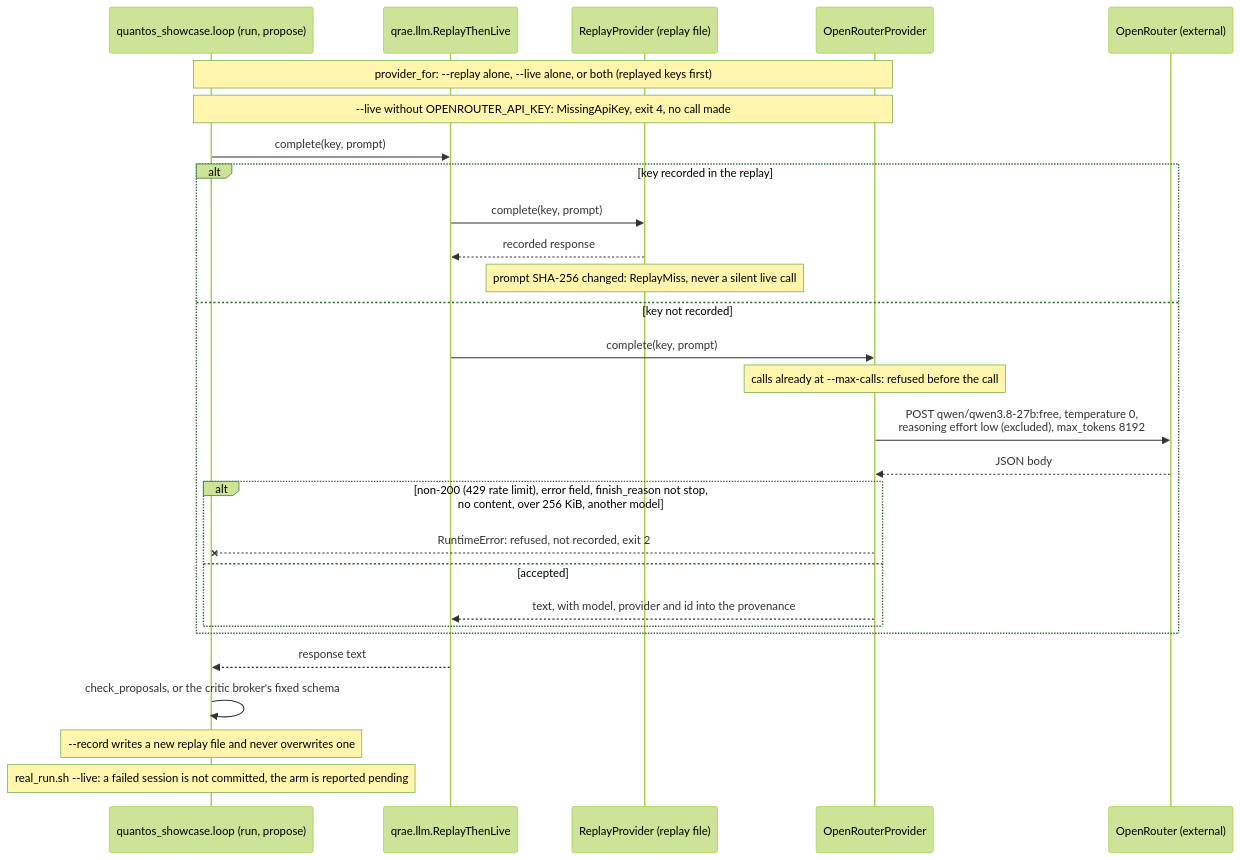
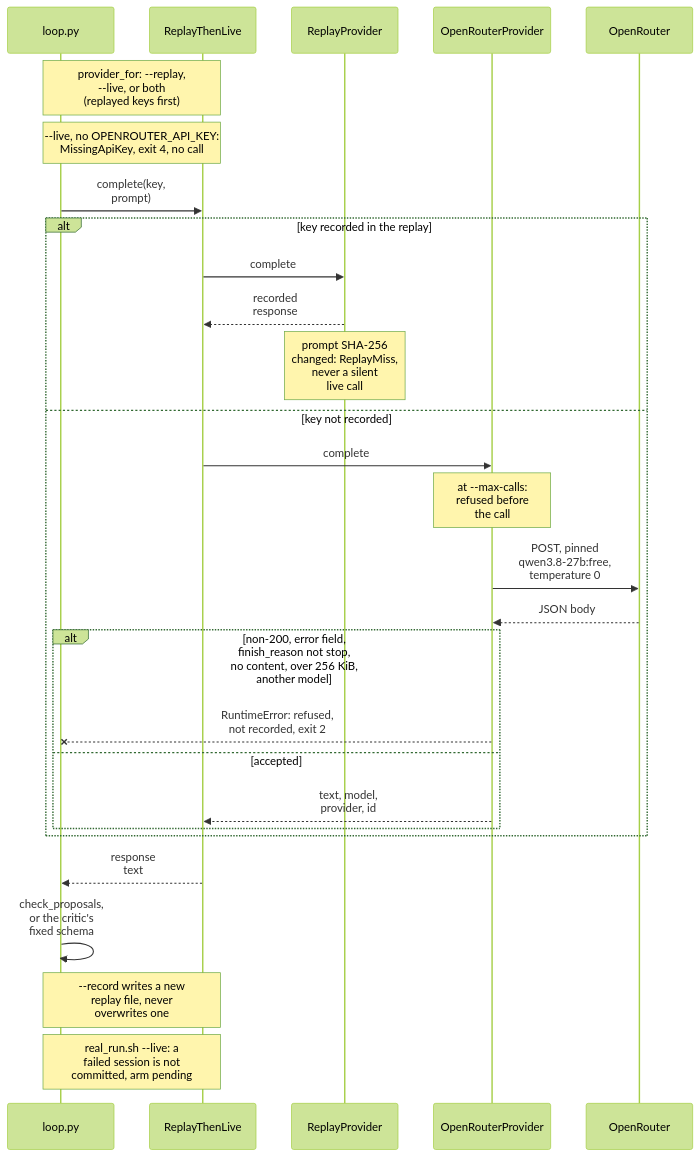
Before and after one commit to oscar-chw/agentic-quant-research: the third of 3 diagrams in README.md, drawn with Mermaid (forest theme). The commit also changed other lines of this file and 9 other files, not shown here.

Commit message:
docs: make diagrams legible at README width

````diff
--- a/README.md
+++ b/README.md
@@ -261,30 +256,30 @@
 ```mermaid
 sequenceDiagram
-    participant L as quantos_showcase.loop (run, propose)
-    participant T as qrae.llm.ReplayThenLive
-    participant R as ReplayProvider (replay file)
+    participant L as loop.py
+    participant T as ReplayThenLive
+    participant R as ReplayProvider
     participant O as OpenRouterProvider
-    participant M as OpenRouter (external)
-    Note over L,O: provider_for: --replay alone, --live alone, or both (replayed keys first)
-    Note over L,O: --live without OPENROUTER_API_KEY: MissingApiKey, exit 4, no call made
-    L->>T: complete(key, prompt)
+    participant M as OpenRouter
+    Note over L,T: provider_for: --replay,<br/>--live, or both<br/>(replayed keys first)
+    Note over L,T: --live, no OPENROUTER_API_KEY:<br/>MissingApiKey, exit 4, no call
+    L->>T: complete(key,<br/>prompt)
     alt key recorded in the replay
-        T->>R: complete(key, prompt)
-        R-->>T: recorded response
-        Note over R: prompt SHA-256 changed: ReplayMiss, never a silent live call
+        T->>R: complete
+        R-->>T: recorded<br/>response
+        Note over R: prompt SHA-256<br/>changed: ReplayMiss,<br/>never a silent<br/>live call
     else key not recorded
-        T->>O: complete(key, prompt)
-        Note over O: calls already at --max-calls: refused before the call
-        O->>M: POST qwen/qwen3.8-27b:free, temperature 0,<br/>reasoning effort low (excluded), max_tokens 8192
+        T->>O: complete
+        Note over O: at --max-calls:<br/>refused before<br/>the call
+        O->>M: POST, pinned<br/>qwen3.8-27b:free,<br/>temperature 0
         M-->>O: JSON body
-        alt non-200 (429 rate limit), error field, finish_reason not stop,<br/>no content, over 256 KiB, another model
-            O--xL: RuntimeError: refused, not recorded, exit 2
+        alt non-200, error field,<br/>finish_reason not stop,<br/>no content, over 256 KiB,<br/>another model
+            O--xL: RuntimeError: refused,<br/>not recorded, exit 2
         else accepted
-            O-->>T: text, with model, provider and id into the provenance
+            O-->>T: text, model,<br/>provider, id
         end
     end
-    T-->>L: response text
-    L->>L: check_proposals, or the critic broker's fixed schema
-    Note over L: --record writes a new replay file and never overwrites one
-    Note over L: real_run.sh --live: a failed session is not committed, the arm is reported pending
+    T-->>L: response<br/>text
+    L->>L: check_proposals,<br/>or the critic's<br/>fixed schema
+    Note over L,T: --record writes a new<br/>replay file, never<br/>overwrites one
+    Note over L,T: real_run.sh --live: a<br/>failed session is not<br/>committed, arm pending
 ```
````
